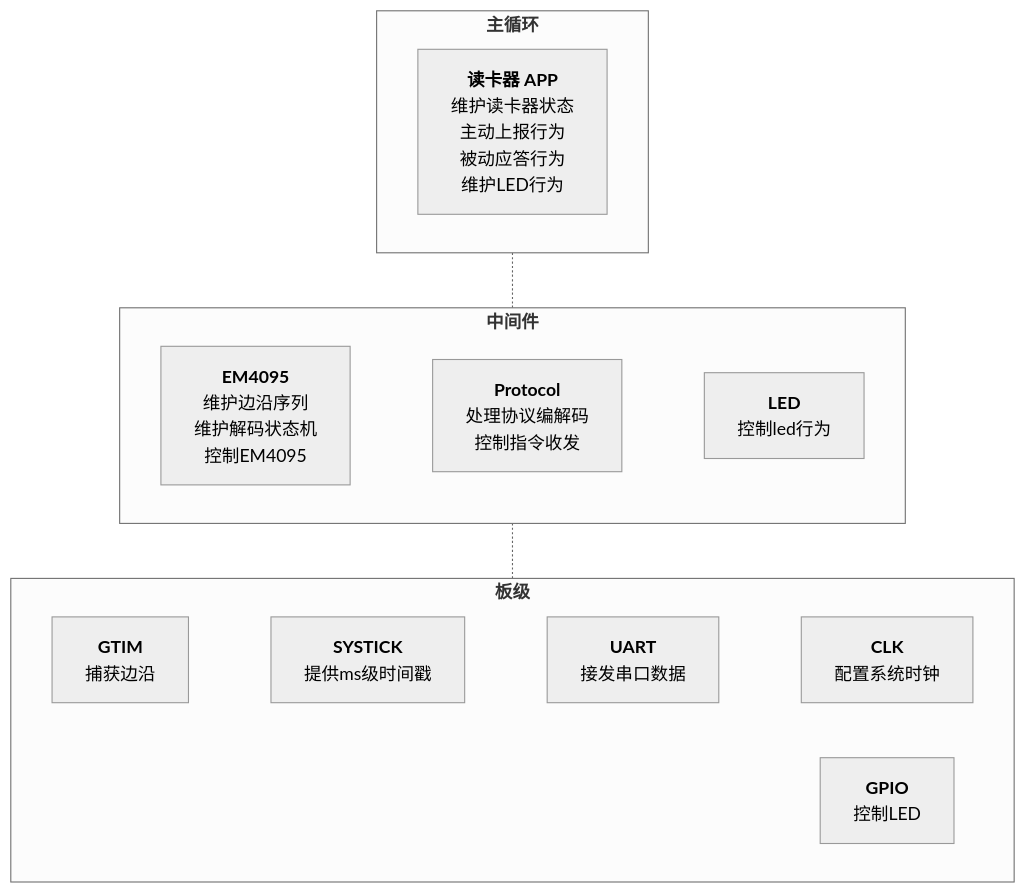
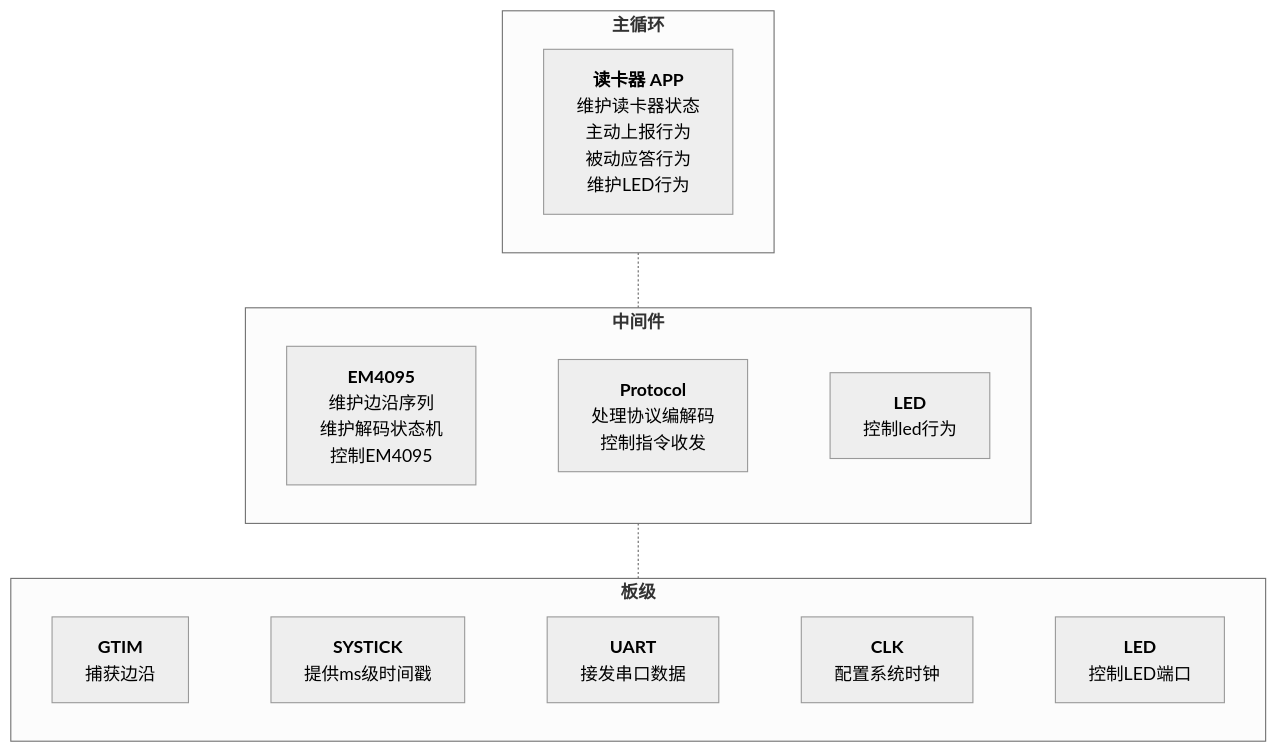
Before and after one commit to Siaiai/ObsidianNote: the sixth of 6 diagrams in 工作/[[SR3读卡器]]/260804SR3框架整理.md, drawn with Mermaid (neutral theme). The commit also changed other lines of this file and 1 other file, not shown here.

Commit message:
[自动]笔记同步:2026-08-05 14:08:56 涉及文件个数:2
Affected files:
.obsidian/workspace.json
工作/[[SR3读卡器]]/260804SR3框架整理.md

````diff
--- a/工作/[[SR3读卡器]]/260804SR3框架整理.md
+++ b/工作/[[SR3读卡器]]/260804SR3框架整理.md
@@ -257,49 +257,50 @@
 ```mermaid
 flowchart TB
 	subgraph MAIN["`**主循环**`"]
 		direction LR
 		APP_READER["`**读卡器 APP**
 		维护读卡器状态
 		主动上报行为
 		被动应答行为
 		维护LED行为`"]
 	end
 	subgraph MID["`**中间件**`"]
 		direction LR
 		MID_EM4095["`**EM4095** 
 		维护边沿序列
 		维护解码状态机
 		控制EM4095`"]
 		MID_READER["`**Protocol**
 		处理协议编解码
 		控制指令收发`"]
 		MID_LED["`**LED**
 		控制led行为`"]
 		
 		MID_EM4095 ~~~ MID_READER
 		MID_READER ~~~ MID_LED
 	end
 	subgraph BSP["`**板级**`"]
 		direction LR
 		BSP_GTIM["`**GTIM**
 		捕获边沿
 		`"]
 		BSP_CLK["`**CLK**
 		配置系统时钟
 		`"]
 		BSP_SYSTICK["`**SYSTICK**
 		提供ms级时间戳
 		`"]
 		BSP_UART["`**UART**
 		接发串口数据
 		`"]
-		BSP_LED["`**GPIO**
-		控制LED
+		BSP_LED["`**LED**
+		控制LED端口
 		`"]
 		BSP_GTIM ~~~ BSP_SYSTICK
 		BSP_SYSTICK ~~~ BSP_UART
 		BSP_UART ~~~ BSP_CLK
+		BSP_CLK ~~~ BSP_LED
 	end
 	MAIN -.- MID
 	MID -.- BSP
 ```
````
